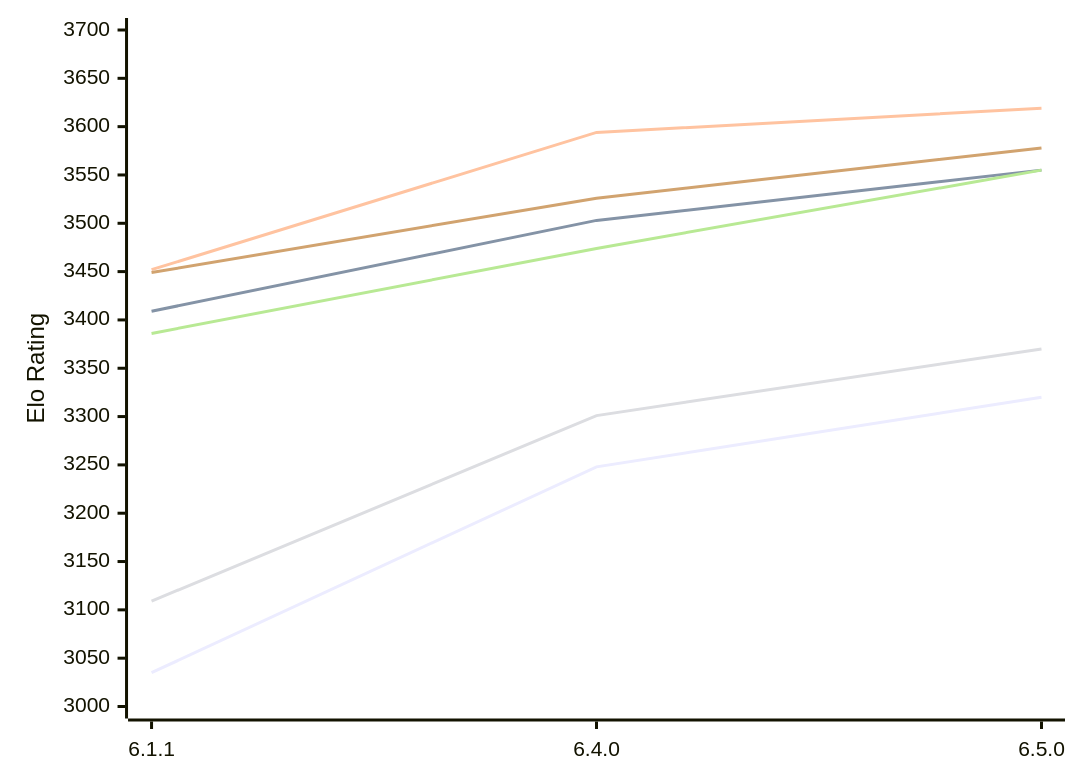
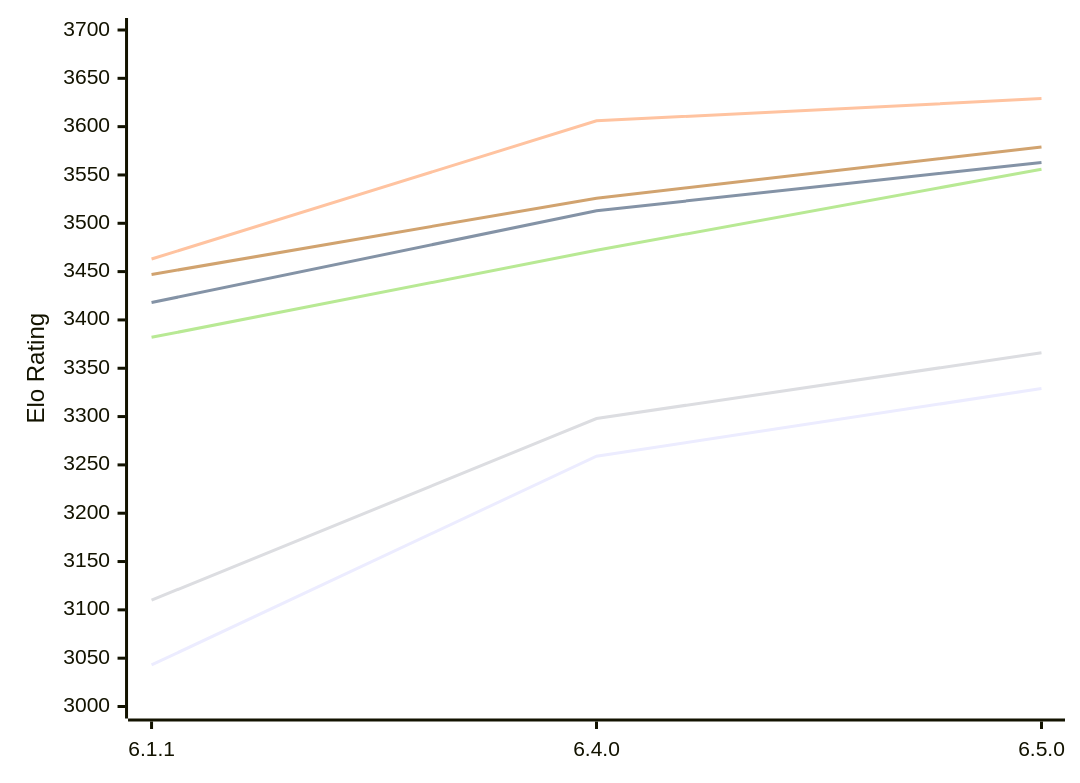
The first of 2 diagrams in engines/Zigqueen.md (computer-chess-index/cci), drawn with Mermaid before and after one commit. The commit also changed other lines of this file, not shown here.

Commit message:
Update CCI Ratings (ELO VLTC) - 2026-11-16

````diff
--- a/engines/Zigqueen.md
+++ b/engines/Zigqueen.md
@@ -55,12 +55,12 @@
 ```mermaid
 %%{init: {"theme":"base","themeVariables":{"seriesColors:['#a3a3a3','#222221','#faa371']}}}%%
 xychart-beta
   x-axis ["6.1.1", "6.4.0", "6.5.0"]
   y-axis "Elo Rating" 3000 --> 3700
-  line "E1: STC (8.0+0.08s)" [3035, 3248, 3320]
-  line "E1: LTC (60.0+0.60s)" [3409, 3503, 3555]
-  line "E1: VLTC (2m24s+1.12s)" [3452, 3594, 3619]
-  line "P1: STC (8.0+0.08s)" [3109, 3301, 3370]
-  line "P1: LTC (60.0+0.60s)" [3386, 3474, 3555]
-  line "P1: VLTC (2m24s+1.12s)" [3449, 3526, 3578]
+  line "E1: STC (8.0+0.08s)" [3043, 3259, 3329]
+  line "E1: LTC (60.0+0.60s)" [3418, 3513, 3563]
+  line "E1: VLTC (2m24s+1.12s)" [3463, 3606, 3629]
+  line "P1: STC (8.0+0.08s)" [3110, 3298, 3366]
+  line "P1: LTC (60.0+0.60s)" [3382, 3472, 3556]
+  line "P1: VLTC (2m24s+1.12s)" [3447, 3526, 3579]
 ```
````
